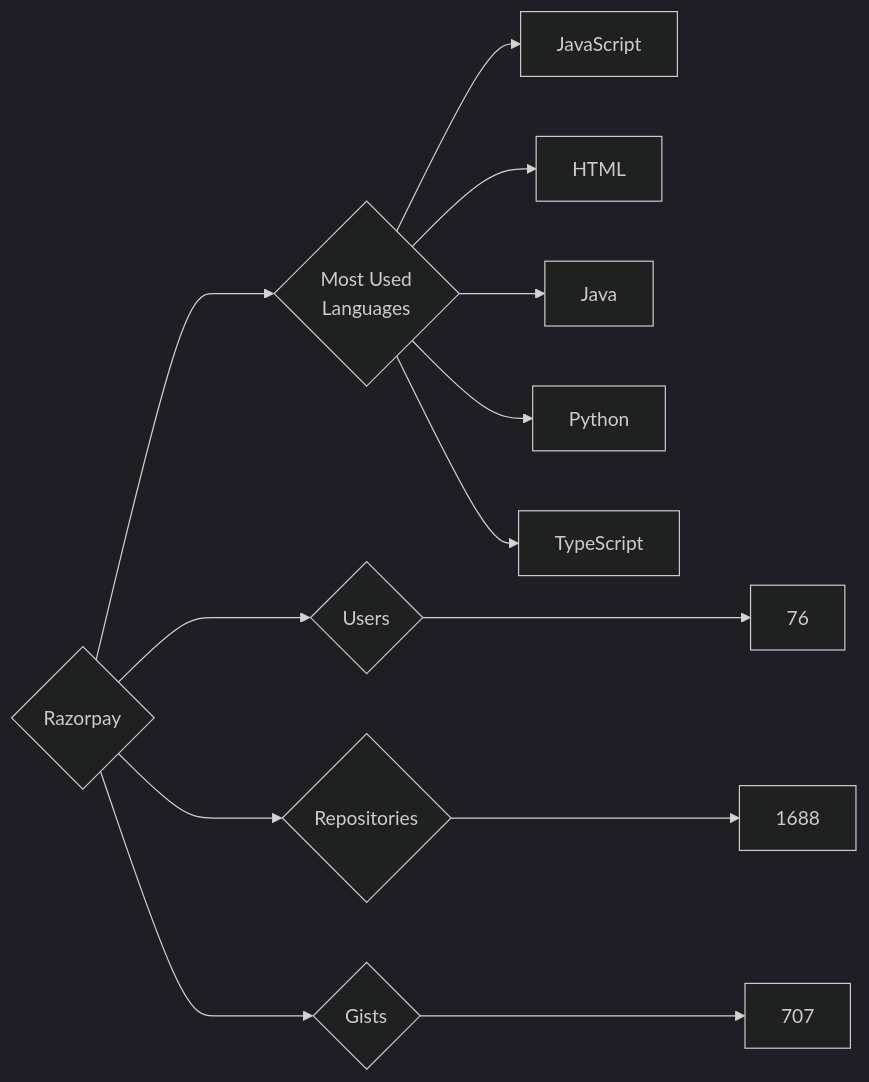
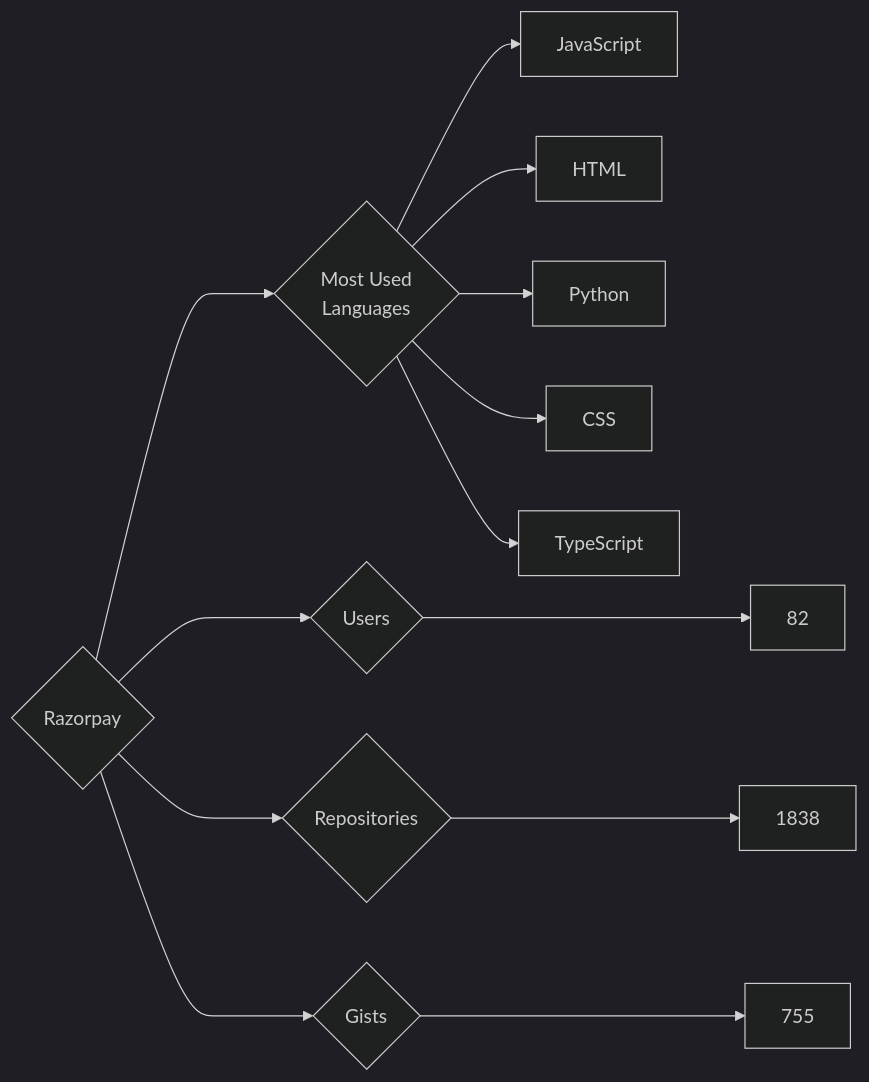
Before and after one commit to trickest/insiders: the diagram in targets/Razorpay/README.md, drawn with Mermaid (dark theme). The commit also changed 1011 other files, not shown here.

````diff
--- a/targets/Razorpay/README.md
+++ b/targets/Razorpay/README.md
@@ -3,13 +3,13 @@
 ```mermaid
 graph LR
 COMPANY_NAME{Razorpay}
-COMPANY_NAME ---> U{Users} ---> UN[76]
-COMPANY_NAME ---> R{Repositories} ---> RN[1688]
-COMPANY_NAME ---> G{Gists} ---> GN[707]
+COMPANY_NAME ---> U{Users} ---> UN[82]
+COMPANY_NAME ---> R{Repositories} ---> RN[1838]
+COMPANY_NAME ---> G{Gists} ---> GN[755]
 COMPANY_NAME ---> ML{Most Used<br>Languages}
 ML --> JavaScript[JavaScript]
 ML --> HTML[HTML]
-ML --> Java[Java]
 ML --> Python[Python]
+ML --> CSS[CSS]
 ML --> TypeScript[TypeScript]
 ```
````
